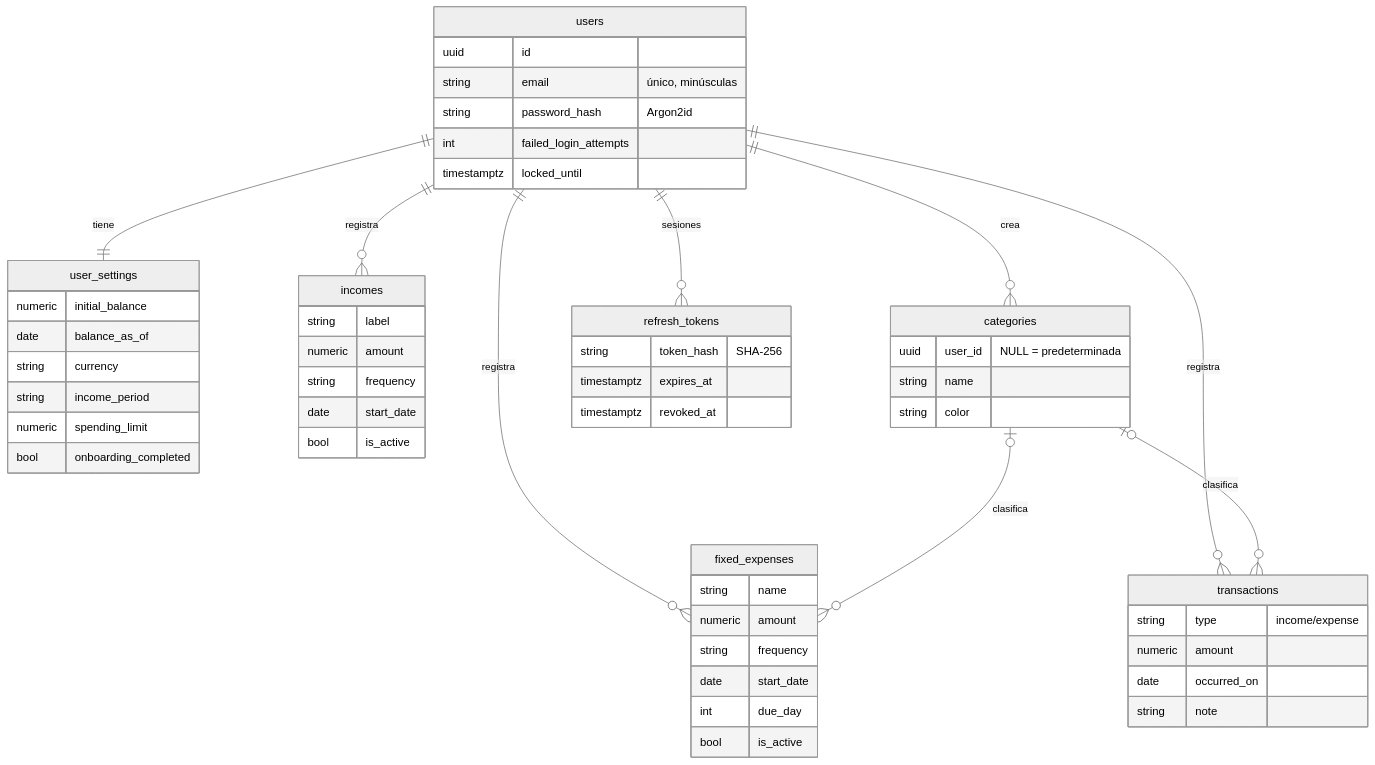
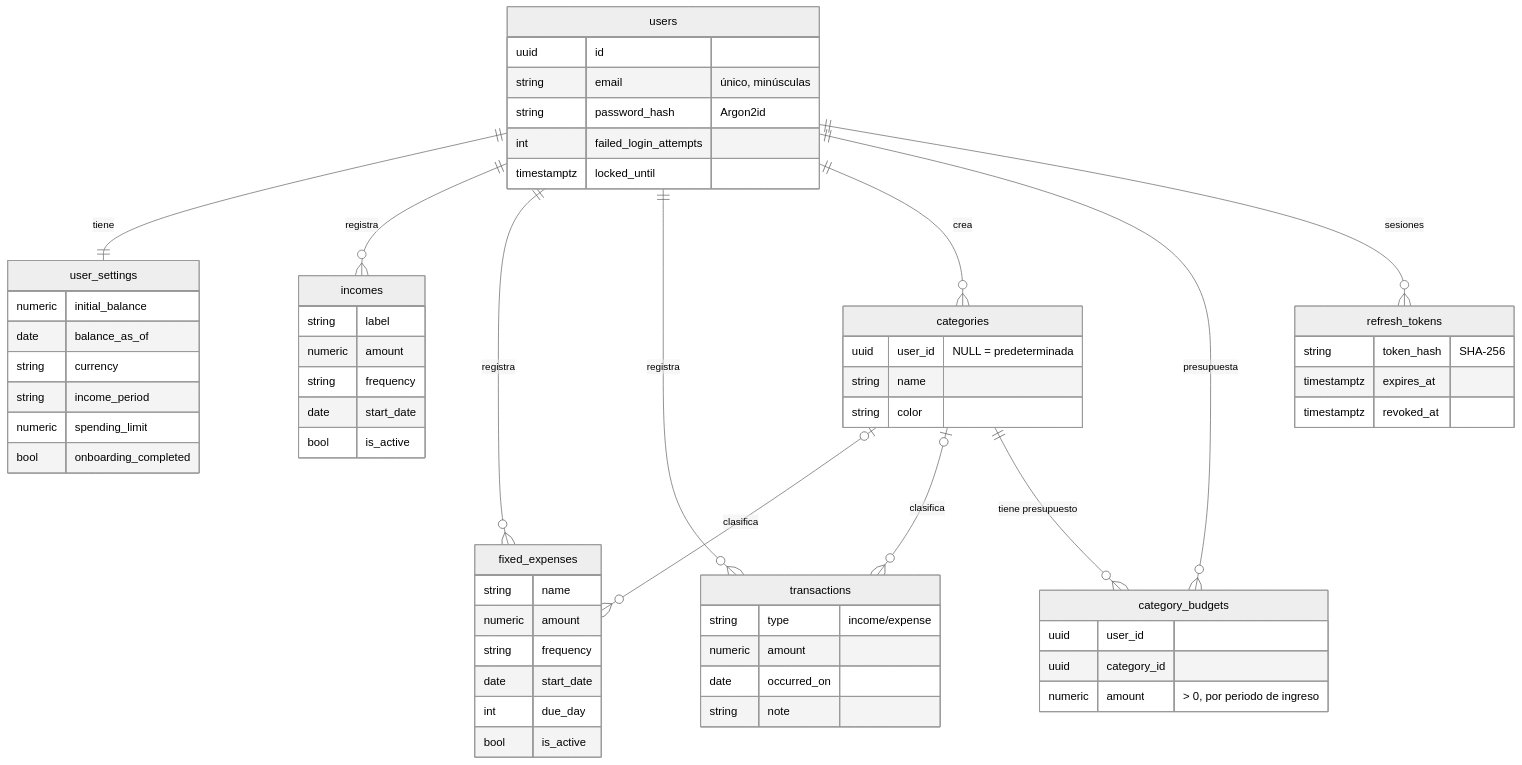
The third of 3 diagrams in docs/architecture.md (itssmauu/cuenta-clara), drawn with Mermaid (neutral theme) before and after one commit. The commit also changed other lines of this file and 4 other files, not shown here.

Commit message:
docs: budgets per category in calculations, architecture and D-070

````diff
--- a/docs/architecture.md
+++ b/docs/architecture.md
@@ -85,19 +85,22 @@
 ```mermaid
 erDiagram
     users ||--|| user_settings : tiene
     users ||--o{ incomes : registra
     users ||--o{ fixed_expenses : registra
     users ||--o{ transactions : registra
     users ||--o{ categories : crea
+    users ||--o{ category_budgets : presupuesta
     users ||--o{ refresh_tokens : "sesiones"
     categories |o--o{ fixed_expenses : clasifica
     categories |o--o{ transactions : clasifica
+    categories ||--o{ category_budgets : "tiene presupuesto"
 
     users { uuid id string email "único, minúsculas" string password_hash "Argon2id" int failed_login_attempts timestamptz locked_until }
     user_settings { numeric initial_balance date balance_as_of string currency string income_period numeric spending_limit bool onboarding_completed }
     incomes { string label numeric amount string frequency date start_date bool is_active }
     fixed_expenses { string name numeric amount string frequency date start_date int due_day bool is_active }
     transactions { string type "income/expense" numeric amount date occurred_on string note }
     categories { uuid user_id "NULL = predeterminada" string name string color }
+    category_budgets { uuid user_id uuid category_id numeric amount "> 0, por periodo de ingreso" }
     refresh_tokens { string token_hash "SHA-256" timestamptz expires_at timestamptz revoked_at }
 ```
````
